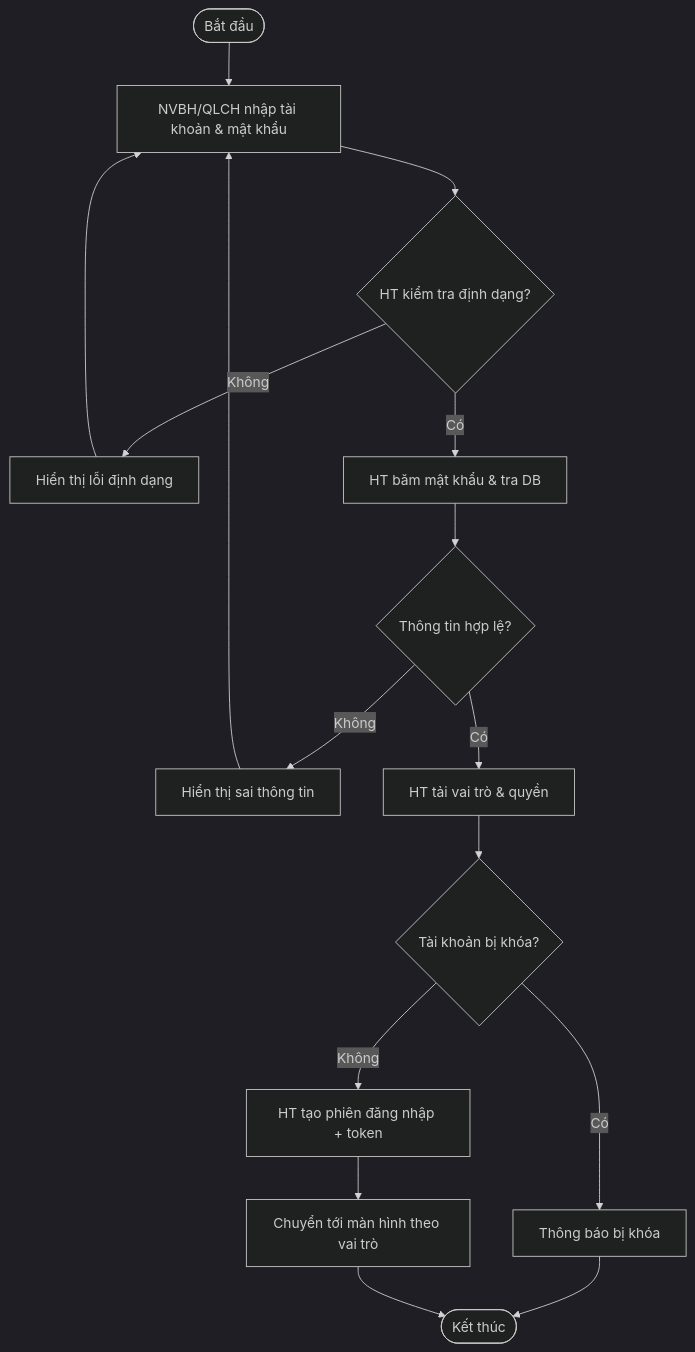
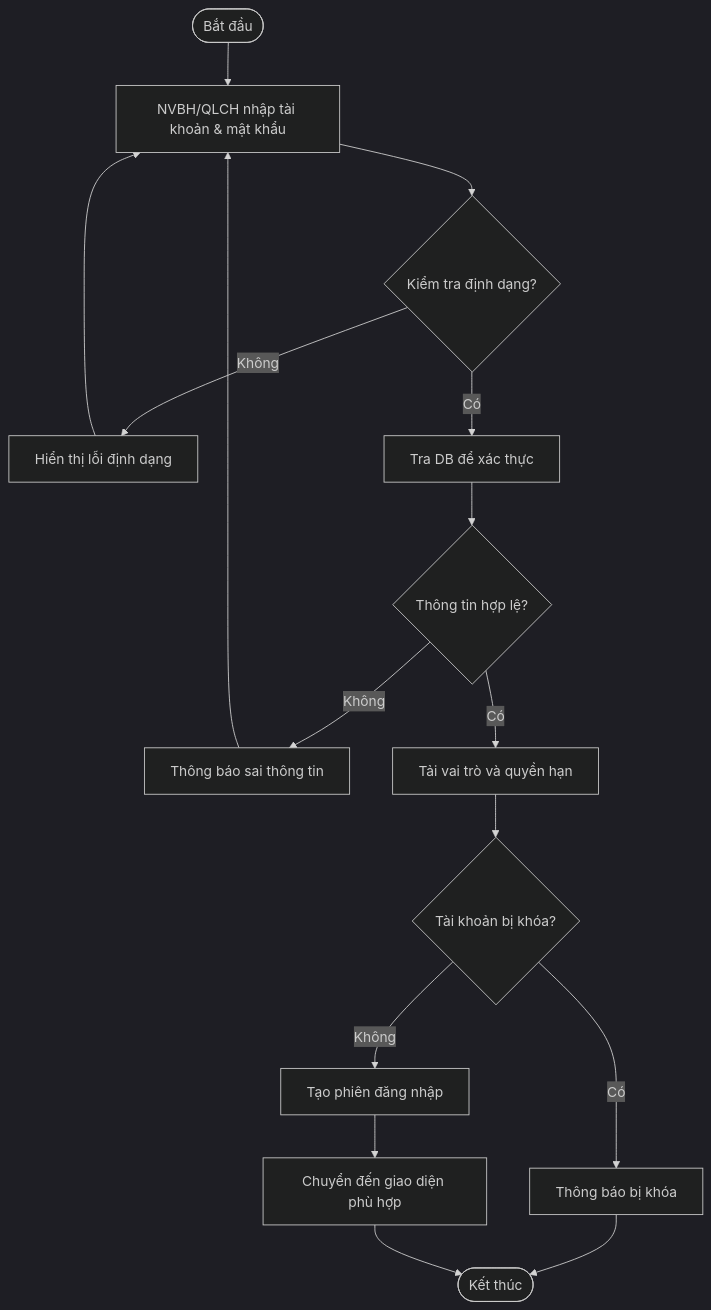
One commit to PhamThao05/Java_Example changed the first of 12 diagrams in activity-diagrams-fashionland.md. Above: the diagram before and after it, drawn with Mermaid (dark theme). The commit also changed other lines of this file, not shown here.

````diff
--- a/activity-diagrams-fashionland.md
+++ b/activity-diagrams-fashionland.md
@@ -13,15 +8,15 @@
 ```mermaid
 flowchart TD
     A([Bắt đầu]) --> B[NVBH/QLCH nhập tài khoản & mật khẩu]
-    B --> C{HT kiểm tra định dạng?}
+    B --> C{Kiểm tra định dạng?}
     C -- Không --> C1[Hiển thị lỗi định dạng] --> B
-    C -- Có --> D[HT băm mật khẩu & tra DB]
+    C -- Có --> D[Tra DB để xác thực]
     D --> E{Thông tin hợp lệ?}
-    E -- Không --> E1[Hiển thị sai thông tin] --> B
-    E -- Có --> F[HT tải vai trò & quyền]
+    E -- Không --> E1[Thông báo sai thông tin] --> B
+    E -- Có --> F[Tải vai trò và quyền hạn]
     F --> G{Tài khoản bị khóa?}
     G -- Có --> G1[Thông báo bị khóa] --> H([Kết thúc])
-    G -- Không --> I[HT tạo phiên đăng nhập + token]
-    I --> J[Chuyển tới màn hình theo vai trò]
+    G -- Không --> I[Tạo phiên đăng nhập]
+    I --> J[Chuyển đến giao diện phù hợp]
     J --> H([Kết thúc])
 ```
````
